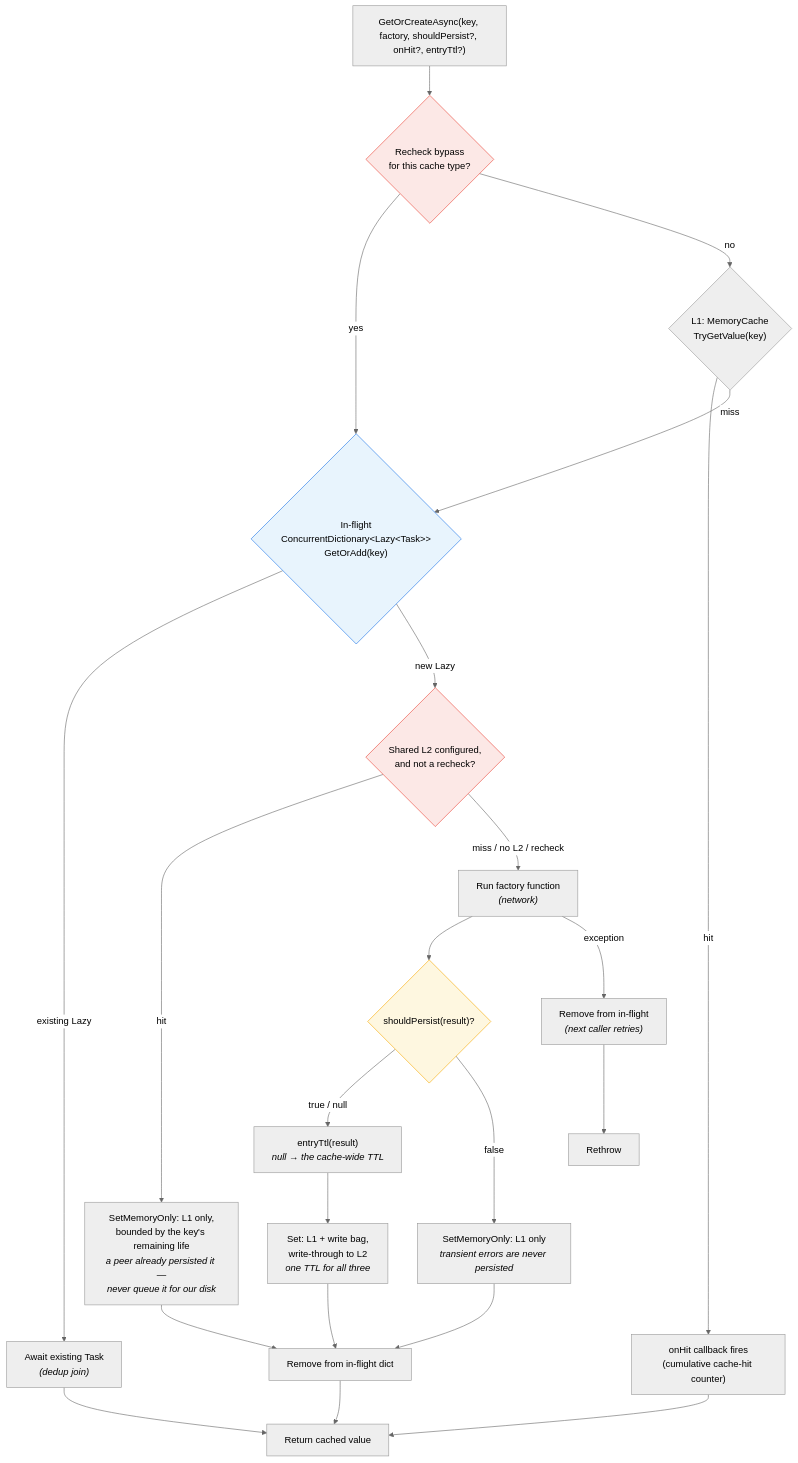
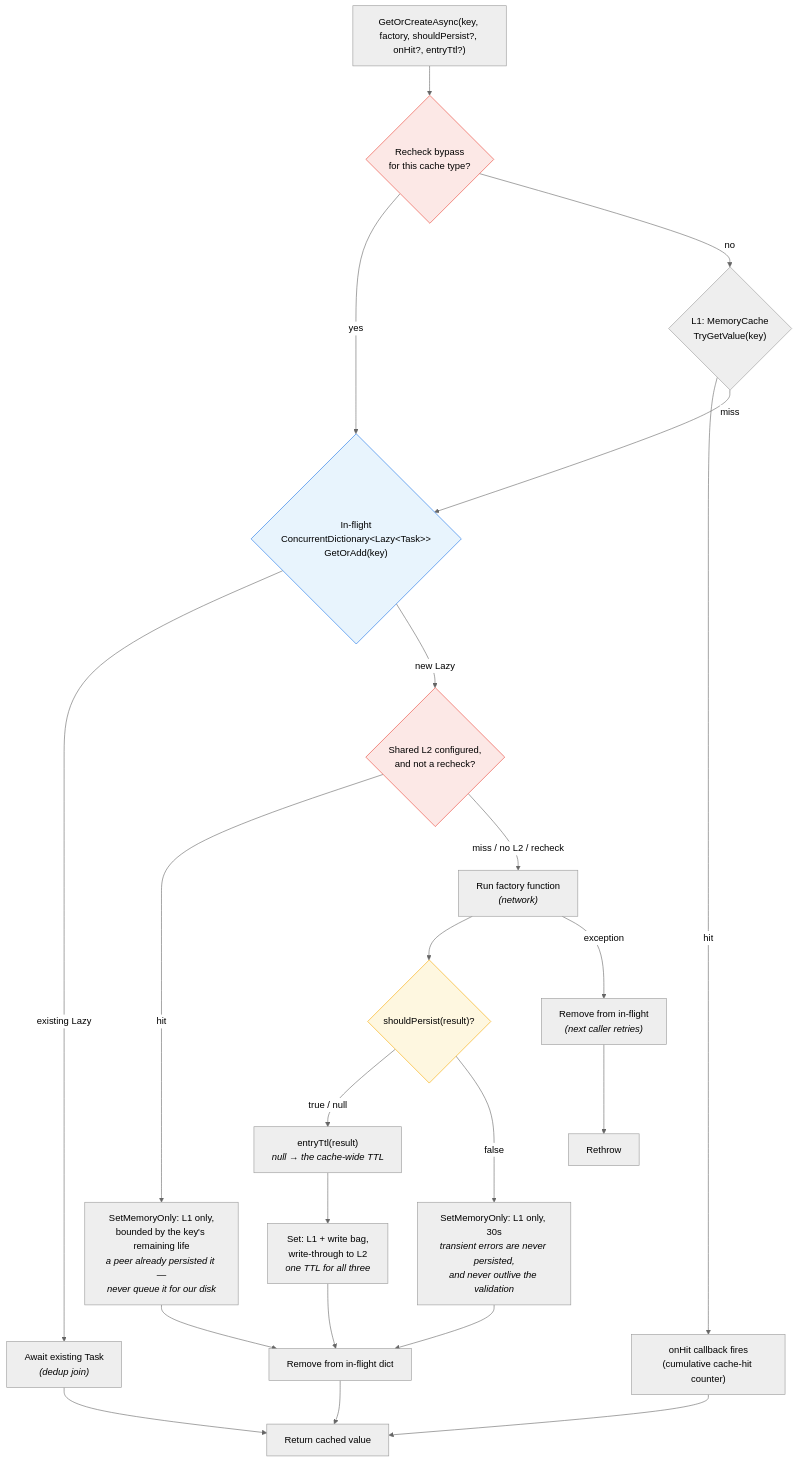
The second of 3 diagrams in docs/caching-architecture.md (pkinerd/ednsv), drawn with Mermaid (neutral theme) before and after one commit. The commit also changed other lines of this file and 8 other files, not shown here.

````diff
--- a/docs/caching-architecture.md
+++ b/docs/caching-architecture.md
@@ -64,30 +64,30 @@
 ```mermaid
 flowchart TD
     REQ["GetOrCreateAsync(key, factory, shouldPersist?, onHit?, entryTtl?)"] --> RECHECK{"Recheck bypass<br/>for this cache type?"}
     RECHECK -->|yes| INFLIGHT
     RECHECK -->|no| MEMCACHE{"L1: MemoryCache<br/>TryGetValue(key)"}
     MEMCACHE -->|hit| HITCB["onHit callback fires<br/>(cumulative cache-hit counter)"]
     HITCB --> RETURN["Return cached value"]
     MEMCACHE -->|miss| INFLIGHT{"In-flight<br/>ConcurrentDictionary&lt;Lazy&lt;Task&gt;&gt;<br/>GetOrAdd(key)"}
     INFLIGHT -->|existing Lazy| AWAIT["Await existing Task<br/><i>(dedup join)</i>"]
     INFLIGHT -->|new Lazy| L2{"Shared L2 configured,<br/>and not a recheck?"}
     L2 -->|hit| L2HIT["SetMemoryOnly: L1 only,<br/>bounded by the key's remaining life<br/><i>a peer already persisted it —<br/>never queue it for our disk</i>"]
     L2HIT --> CLEANUP
     L2 -->|"miss / no L2 / recheck"| FACTORY["Run factory function<br/><i>(network)</i>"]
     FACTORY --> PERSIST{"shouldPersist(result)?"}
     PERSIST -->|true / null| TTL["entryTtl(result)<br/><i>null → the cache-wide TTL</i>"]
     TTL --> SET["Set: L1 + write bag,<br/>write-through to L2<br/><i>one TTL for all three</i>"]
-    PERSIST -->|false| MEMONLY["SetMemoryOnly: L1 only<br/><i>transient errors are never persisted</i>"]
+    PERSIST -->|false| MEMONLY["SetMemoryOnly: L1 only, 30s<br/><i>transient errors are never persisted,<br/>and never outlive the validation</i>"]
     SET --> CLEANUP["Remove from in-flight dict"]
     MEMONLY --> CLEANUP
     CLEANUP --> RETURN
     AWAIT --> RETURN
 
     FACTORY -->|exception| REMOVE["Remove from in-flight<br/><i>(next caller retries)</i>"]
     REMOVE --> THROW["Rethrow"]
 
     style RECHECK fill:#fce8e6,stroke:#ea4335
     style INFLIGHT fill:#e8f4fd,stroke:#1a73e8
     style L2 fill:#fce8e6,stroke:#ea4335
     style PERSIST fill:#fef7e0,stroke:#f9ab00
 ```
````
